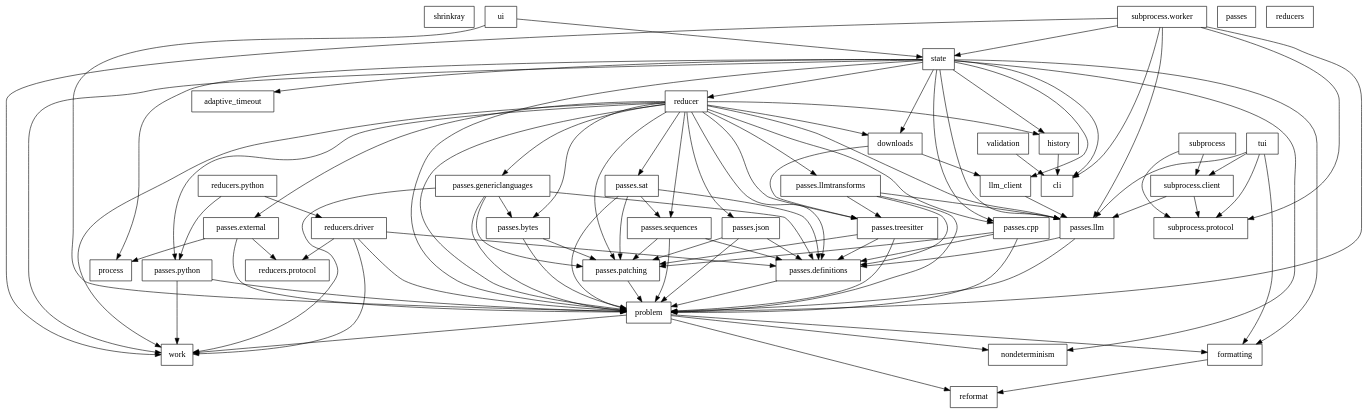
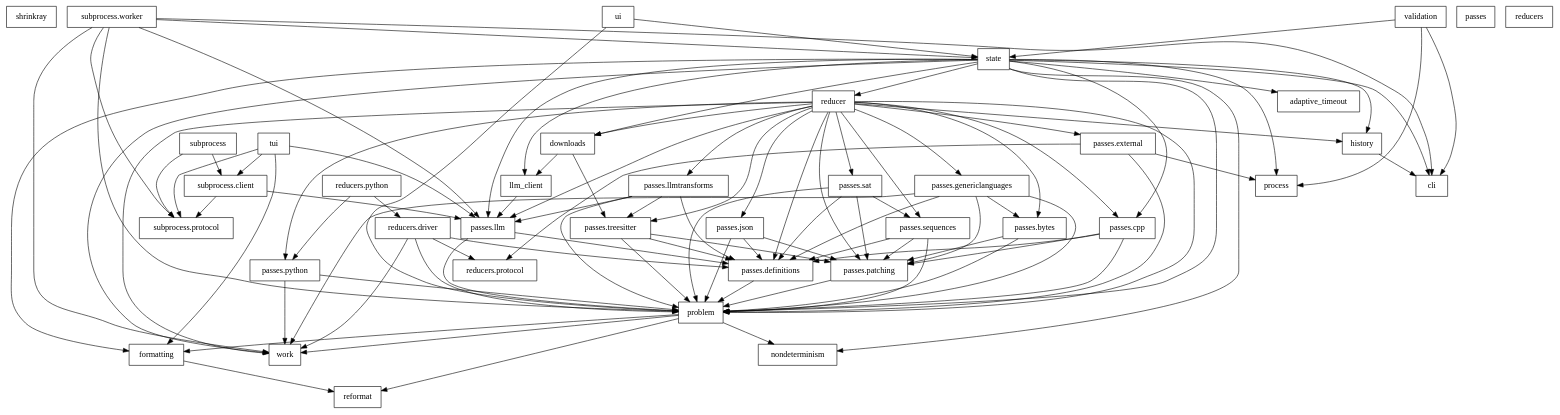
Before and after one commit to DRMacIver/shrinkray: the diagram in notes/import-graph.dot, drawn with Graphviz. The commit also changed 1 other file, not shown here.

Commit message:
docs: regenerate the import graph
Claude-Session: https://claude.ai/code/session_01YGQsMpP9ZbpLzosfcKXB7C

```diff
--- a/notes/import-graph.dot
+++ b/notes/import-graph.dot
@@ -1,143 +1,145 @@
 digraph imports {
     rankdir=TB;
     node [shape=box];
 
     "shrinkray";
     "adaptive_timeout";
     "cli";
     "downloads";
     "formatting";
     "history";
     "llm_client";
     "nondeterminism";
     "passes";
     "passes.bytes";
     "passes.cpp";
     "passes.definitions";
     "passes.external";
     "passes.genericlanguages";
     "passes.json";
     "passes.llm";
     "passes.llmtransforms";
     "passes.patching";
     "passes.python";
     "passes.sat";
     "passes.sequences";
     "passes.treesitter";
     "problem";
     "process";
     "reducer";
     "reducers";
     "reducers.driver";
     "reducers.protocol";
     "reducers.python";
     "reformat";
     "state";
     "subprocess";
     "subprocess.client";
     "subprocess.protocol";
     "subprocess.worker";
     "tui";
     "ui";
     "validation";
     "work";
 
     "downloads" -> "llm_client";
     "downloads" -> "passes.treesitter";
     "formatting" -> "reformat";
     "history" -> "cli";
     "llm_client" -> "passes.llm";
     "passes.bytes" -> "passes.patching";
     "passes.bytes" -> "problem";
     "passes.cpp" -> "passes.definitions";
     "passes.cpp" -> "passes.patching";
     "passes.cpp" -> "problem";
     "passes.definitions" -> "problem";
     "passes.external" -> "problem";
     "passes.external" -> "process";
     "passes.external" -> "reducers.protocol";
     "passes.genericlanguages" -> "passes.bytes";
     "passes.genericlanguages" -> "passes.definitions";
     "passes.genericlanguages" -> "passes.patching";
     "passes.genericlanguages" -> "problem";
     "passes.genericlanguages" -> "work";
     "passes.json" -> "passes.definitions";
     "passes.json" -> "passes.patching";
     "passes.json" -> "problem";
     "passes.llm" -> "passes.definitions";
     "passes.llm" -> "problem";
     "passes.llmtransforms" -> "passes.definitions";
     "passes.llmtransforms" -> "passes.llm";
     "passes.llmtransforms" -> "passes.treesitter";
     "passes.llmtransforms" -> "problem";
     "passes.patching" -> "problem";
     "passes.python" -> "problem";
     "passes.python" -> "work";
     "passes.sat" -> "passes.definitions";
     "passes.sat" -> "passes.patching";
     "passes.sat" -> "passes.sequences";
     "passes.sat" -> "problem";
     "passes.sequences" -> "passes.definitions";
     "passes.sequences" -> "passes.patching";
     "passes.sequences" -> "problem";
     "passes.treesitter" -> "passes.definitions";
     "passes.treesitter" -> "passes.patching";
     "passes.treesitter" -> "problem";
     "problem" -> "formatting";
     "problem" -> "nondeterminism";
     "problem" -> "reformat";
     "problem" -> "work";
     "reducer" -> "downloads";
     "reducer" -> "history";
     "reducer" -> "passes.bytes";
     "reducer" -> "passes.cpp";
     "reducer" -> "passes.definitions";
     "reducer" -> "passes.external";
     "reducer" -> "passes.genericlanguages";
     "reducer" -> "passes.json";
     "reducer" -> "passes.llm";
     "reducer" -> "passes.llmtransforms";
     "reducer" -> "passes.patching";
     "reducer" -> "passes.python";
     "reducer" -> "passes.sat";
     "reducer" -> "passes.sequences";
     "reducer" -> "passes.treesitter";
     "reducer" -> "problem";
     "reducer" -> "work";
     "reducers.driver" -> "passes.definitions";
     "reducers.driver" -> "problem";
     "reducers.driver" -> "reducers.protocol";
     "reducers.driver" -> "work";
     "reducers.python" -> "passes.python";
     "reducers.python" -> "reducers.driver";
     "state" -> "adaptive_timeout";
     "state" -> "cli";
     "state" -> "downloads";
     "state" -> "formatting";
     "state" -> "history";
     "state" -> "llm_client";
     "state" -> "nondeterminism";
     "state" -> "passes.cpp";
     "state" -> "passes.llm";
     "state" -> "problem";
     "state" -> "process";
     "state" -> "reducer";
     "state" -> "work";
     "subprocess" -> "subprocess.client";
     "subprocess" -> "subprocess.protocol";
     "subprocess.client" -> "passes.llm";
     "subprocess.client" -> "subprocess.protocol";
     "subprocess.worker" -> "cli";
     "subprocess.worker" -> "passes.llm";
     "subprocess.worker" -> "problem";
     "subprocess.worker" -> "state";
     "subprocess.worker" -> "subprocess.protocol";
     "subprocess.worker" -> "work";
     "tui" -> "formatting";
     "tui" -> "passes.llm";
     "tui" -> "subprocess.client";
     "tui" -> "subprocess.protocol";
     "ui" -> "problem";
     "ui" -> "state";
     "validation" -> "cli";
+    "validation" -> "process";
+    "validation" -> "state";
 }
```
